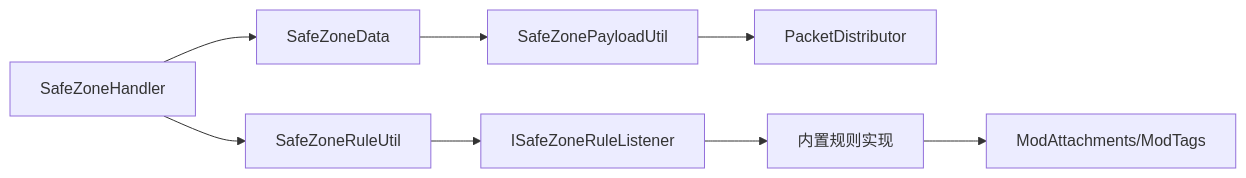
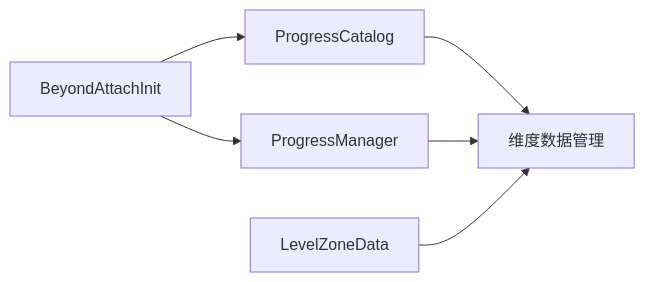
Before and after one commit to Ver-shift/SubModulesGeneHunter: the fifth of 6 diagrams in .qoder/repowiki/zh/content/API参考文档/安全区API接口.md, drawn with Mermaid. The commit also changed other lines of this file and 42 other files, not shown here.

````diff
--- a/.qoder/repowiki/zh/content/API参考文档/安全区API接口.md
+++ b/.qoder/repowiki/zh/content/API参考文档/安全区API接口.md
@@ -408,10 +199,8 @@
 ```mermaid
 graph LR
-Handler["SafeZoneHandler"] --> Util["SafeZoneRuleUtil"]
-Util --> Listener["ISafeZoneRuleListener"]
-Handler --> Data["SafeZoneData"]
-Data --> PayloadUtil["SafeZonePayloadUtil"]
-PayloadUtil --> Net["PacketDistributor"]
-Listener --> Impl["内置规则实现"]
-Impl --> Attach["ModAttachments/ModTags"]
+A["BeyondAttachInit"] --> B["ProgressCatalog"]
+A --> C["ProgressManager"]
+B --> D["维度数据管理"]
+C --> D
+E["LevelZoneData"] --> D
 ```
````
